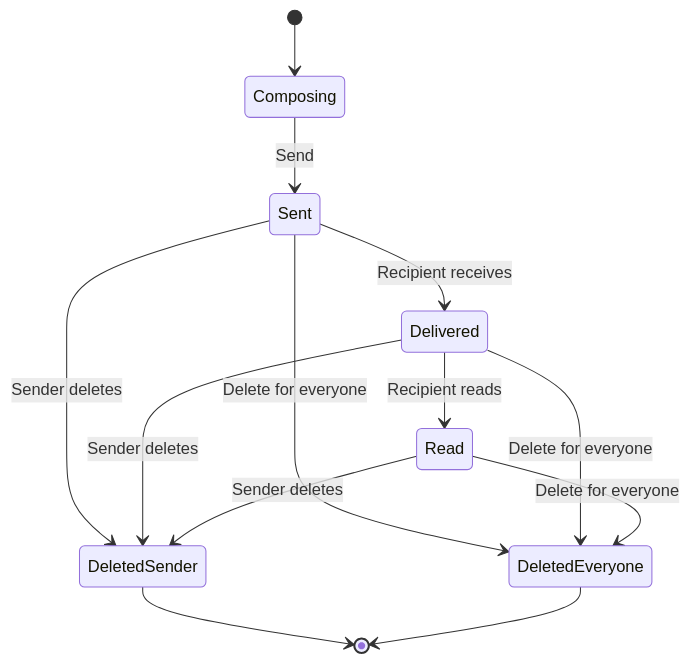
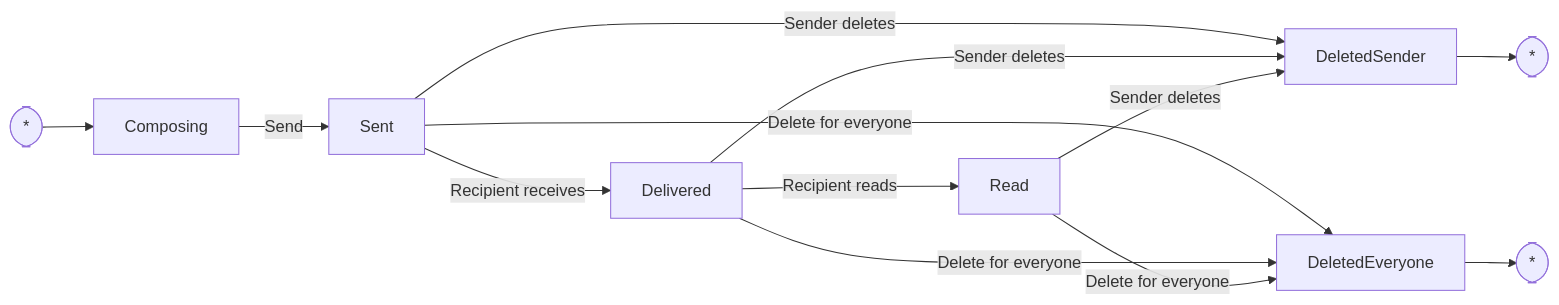
Diagram 20 of 28 in UML.md (vd120/laravel_project), drawn with Mermaid before and after one commit. The commit also changed other lines of this file, not shown here.

````diff
--- a/UML.md
+++ b/UML.md
@@ -1306,19 +1296,15 @@
 ```mermaid
-stateDiagram
-    [*] --> Composing
-
-    Composing --> Sent: Send
-    Sent --> Delivered: Recipient receives
-    Delivered --> Read: Recipient reads
-
-    Sent --> DeletedSender: Sender deletes
-    Delivered --> DeletedSender: Sender deletes
-    Read --> DeletedSender: Sender deletes
-
-    Sent --> DeletedEveryone: Delete for everyone
-    Delivered --> DeletedEveryone: Delete for everyone
-    Read --> DeletedEveryone: Delete for everyone
-
-    DeletedSender --> [*]
-    DeletedEveryone --> [*]
+flowchart LR
+    Start([*]) --> Composing
+    Composing -->|Send| Sent
+    Sent -->|Recipient receives| Delivered
+    Delivered -->|Recipient reads| Read
+    Sent -->|Sender deletes| DeletedSender
+    Delivered -->|Sender deletes| DeletedSender
+    Read -->|Sender deletes| DeletedSender
+    Sent -->|Delete for everyone| DeletedEveryone
+    Delivered -->|Delete for everyone| DeletedEveryone
+    Read -->|Delete for everyone| DeletedEveryone
+    DeletedSender --> End([*])
+    DeletedEveryone --> End2([*])
 ```
````
